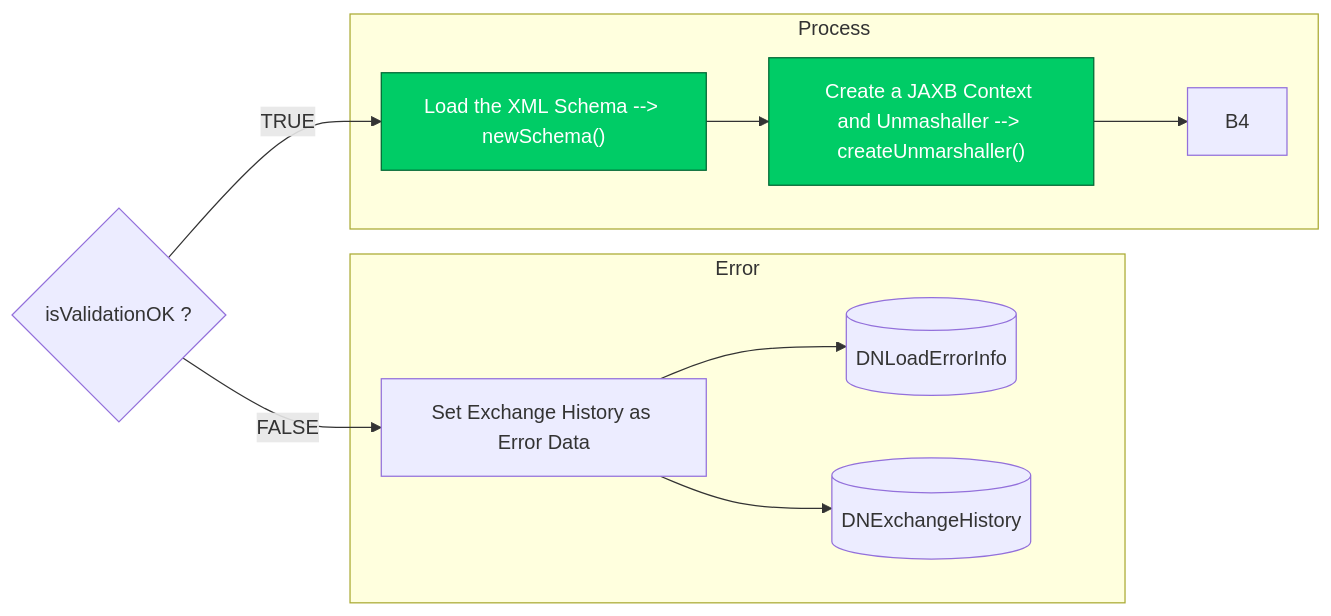
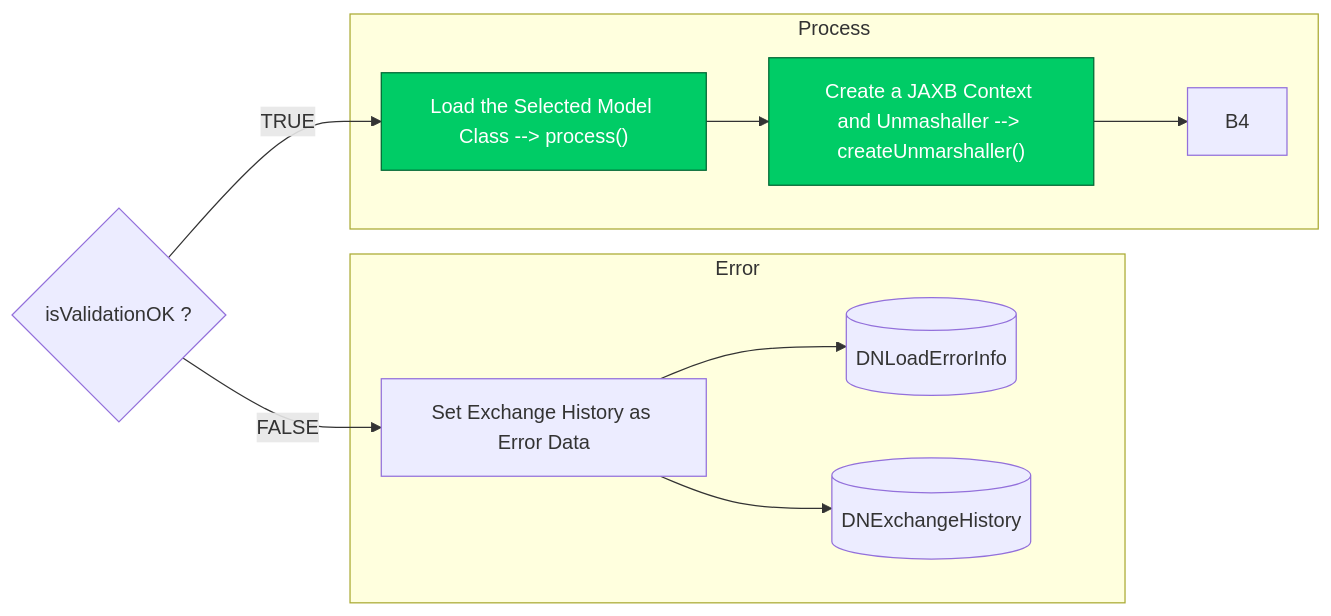
One commit to luthfiadityaa/SimeDarby-Wiki changed the ninth of 9 diagrams in Basic-Design/Host-Interfaces.md. Above: the diagram before and after it, drawn with Mermaid.

Commit message:
Updated Host Interfaces

```diff
--- a/Basic-Design/Host-Interfaces.md
+++ b/Basic-Design/Host-Interfaces.md
@@ -712,25 +712,25 @@
 ::: mermaid
 flowchart LR
 Cond1{"isValidationOK ?"}
 Cond1 --> |TRUE| B2
 Cond1 --> |FALSE| C2
 
 subgraph Error
  C2 --> C3 
  C2 --> C4
  C4[(DNExchangeHistory)]
  C3[(DNLoadErrorInfo)]
  C2["Set Exchange History as Error Data"] 
 end
 
 subgraph Process
  B2 --> B3 --> B4 
- B2["Load the XML Schema --> newSchema()"]
+ B2["Load the Selected Model Class --> process()"]
  B3["Create a JAXB Context and Unmashaller --> createUnmarshaller()"]
 end 
 
 click B2 "https://dev.azure.com/Daifuku-SW/ID_SimeDarbyPlantation/_wiki/wikis/ID_SimeDarbyPlantation.wiki/833/Host-Interfaces?anchor=stage-5"
 click B3 "https://dev.azure.com/Daifuku-SW/ID_SimeDarbyPlantation/_wiki/wikis/ID_SimeDarbyPlantation.wiki/833/Host-Interfaces?anchor=stage-4"
 style B2 fill:#00cc66,stroke:#006633,color:#ffffff
 style B3 fill:#00cc66,stroke:#006633,color:#ffffff
 :::
```
